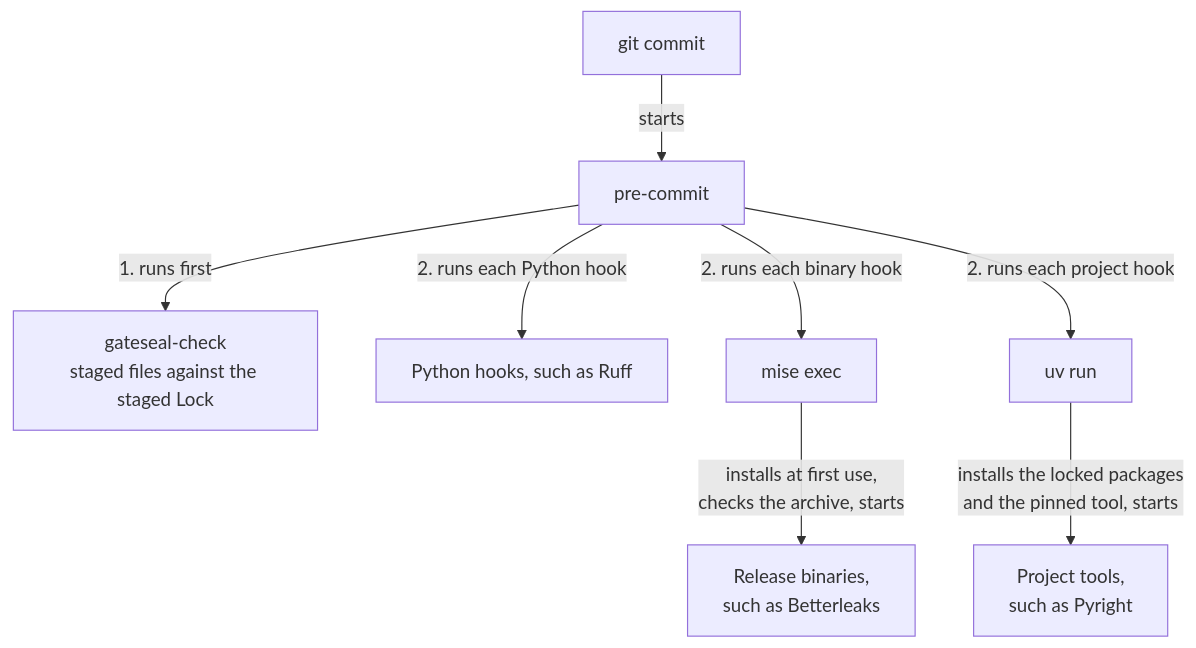
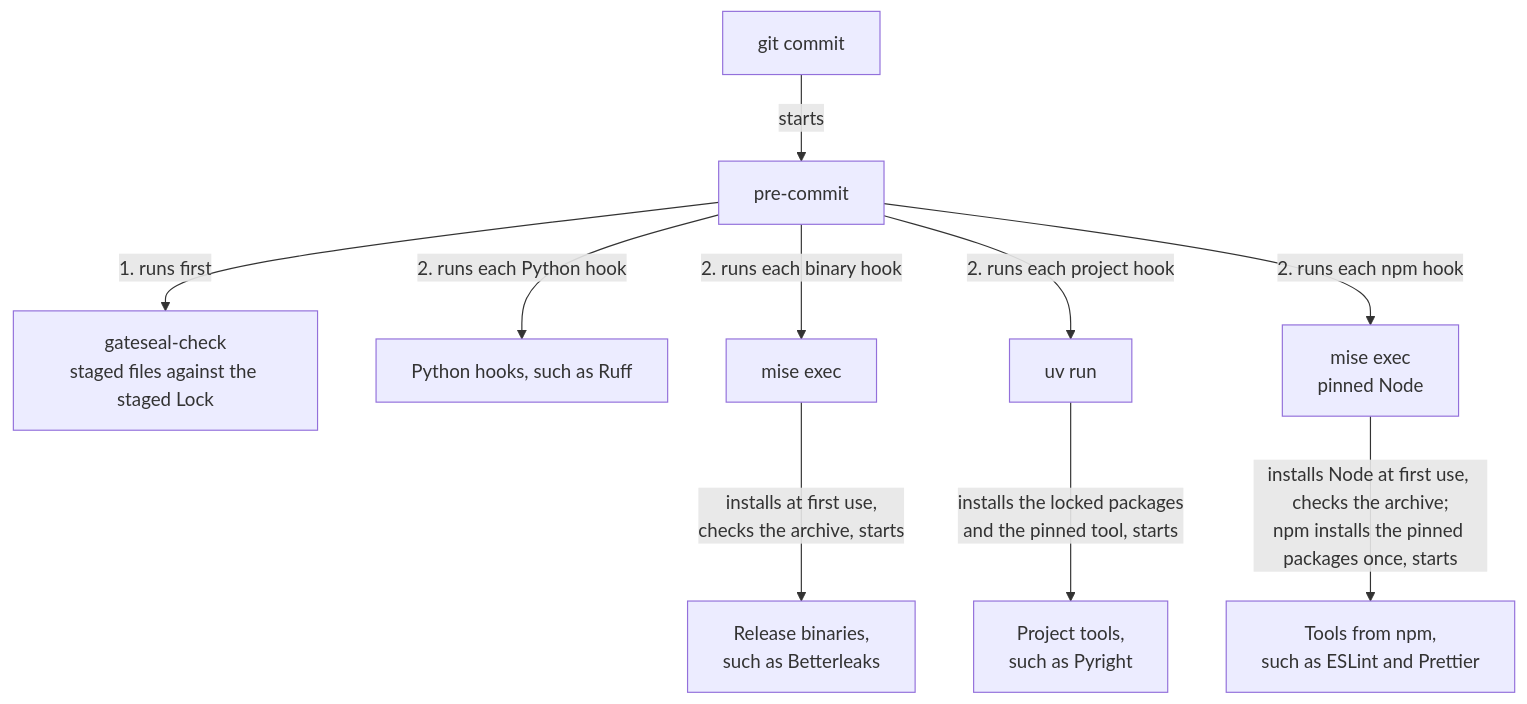
Before and after one commit to karstenevers/gateseal: the second of 2 diagrams in docs/architecture.md, drawn with Mermaid. The commit also changed other lines of this file and 71 other files, not shown here.

First line of the commit message:
Format and lint TypeScript with Prettier and ESLint on a pinned Node (#52)

````diff
--- a/docs/architecture.md
+++ b/docs/architecture.md
@@ -97,12 +97,14 @@
 ```mermaid
 flowchart TD
     accTitle: How gateseal checks a commit
-    accDescr: git commit starts pre-commit. pre-commit runs gateseal-check first, which compares the staged generated files with the staged Lock. Then it runs each tool's hook. A Python hook runs in the environment that pre-commit built. A release binary starts through mise, which installs it at first use and checks its archive. A project tool starts through uv run, which installs the packages that the repository's uv.lock pins and the pinned tool.
+    accDescr: git commit starts pre-commit. pre-commit runs gateseal-check first, which compares the staged generated files with the staged Lock. Then it runs each tool's hook. A Python hook runs in the environment that pre-commit built. A release binary starts through mise, which installs it at first use and checks its archive. A project tool starts through uv run, which installs the packages that the repository's uv.lock pins and the pinned tool. A tool from npm starts through mise on the pinned Node, which mise installs at first use and checks against its archive. npm installs the pinned packages once into the user's cache folder.
     git["git commit"] -- "starts" --> precommit["pre-commit"]
     precommit -- "1. runs first" --> check["gateseal-check<br/>staged files against the staged Lock"]
     precommit -- "2. runs each Python hook" --> python["Python hooks, such as Ruff"]
     precommit -- "2. runs each binary hook" --> mise["mise exec"]
     mise -- "installs at first use,<br/>checks the archive, starts" --> binary["Release binaries,<br/>such as Betterleaks"]
     precommit -- "2. runs each project hook" --> uv["uv run"]
     uv -- "installs the locked packages<br/>and the pinned tool, starts" --> project["Project tools,<br/>such as Pyright"]
+    precommit -- "2. runs each npm hook" --> node["mise exec<br/>pinned Node"]
+    node -- "installs Node at first use, checks the archive;<br/>npm installs the pinned packages once, starts" --> npmtool["Tools from npm,<br/>such as ESLint and Prettier"]
 ```
````
